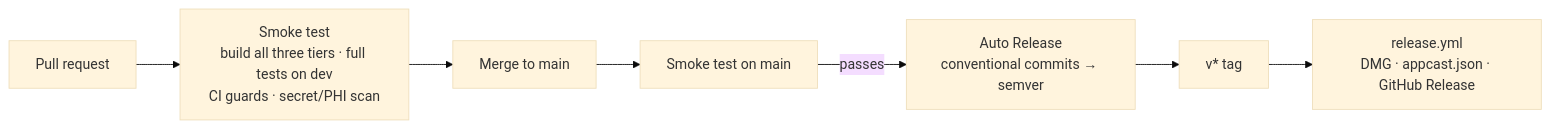
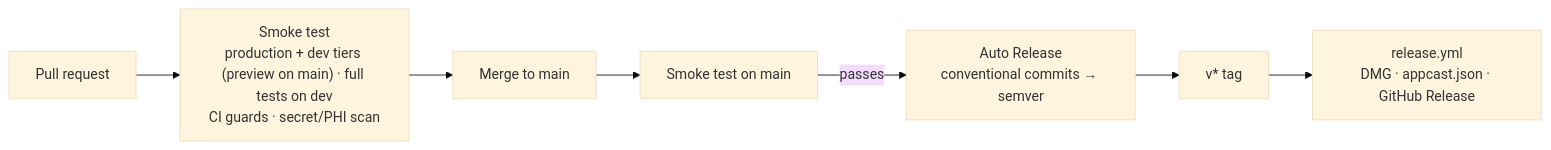
Before and after one commit to mgwedd/aletheia: the third of 3 diagrams in README.md, drawn with Mermaid (base theme). The commit also changed other lines of this file, not shown here.

Commit message:
docs: PRs build production and dev; preview runs on main and by hand

````diff
--- a/README.md
+++ b/README.md
@@ -225,8 +225,8 @@
 ```mermaid
 flowchart LR
-  PR["Pull request"] --> S["Smoke test<br/>build all three tiers · full tests on dev<br/>CI guards · secret/PHI scan"]
+  PR["Pull request"] --> S["Smoke test<br/>production + dev tiers (preview on main) · full tests on dev<br/>CI guards · secret/PHI scan"]
   S --> M["Merge to main"]
   M --> S2["Smoke test on main"]
   S2 -- "passes" --> AR["Auto Release<br/>conventional commits → semver"]
   AR --> TAG["v* tag"] --> REL["release.yml<br/>DMG · appcast.json · GitHub Release"]
 ```
````
